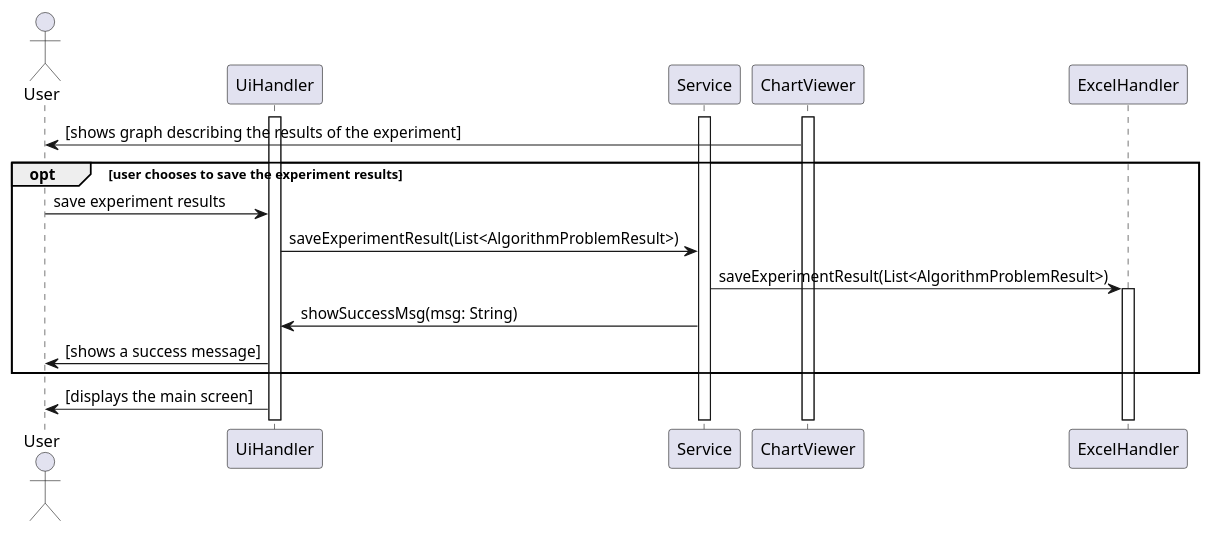
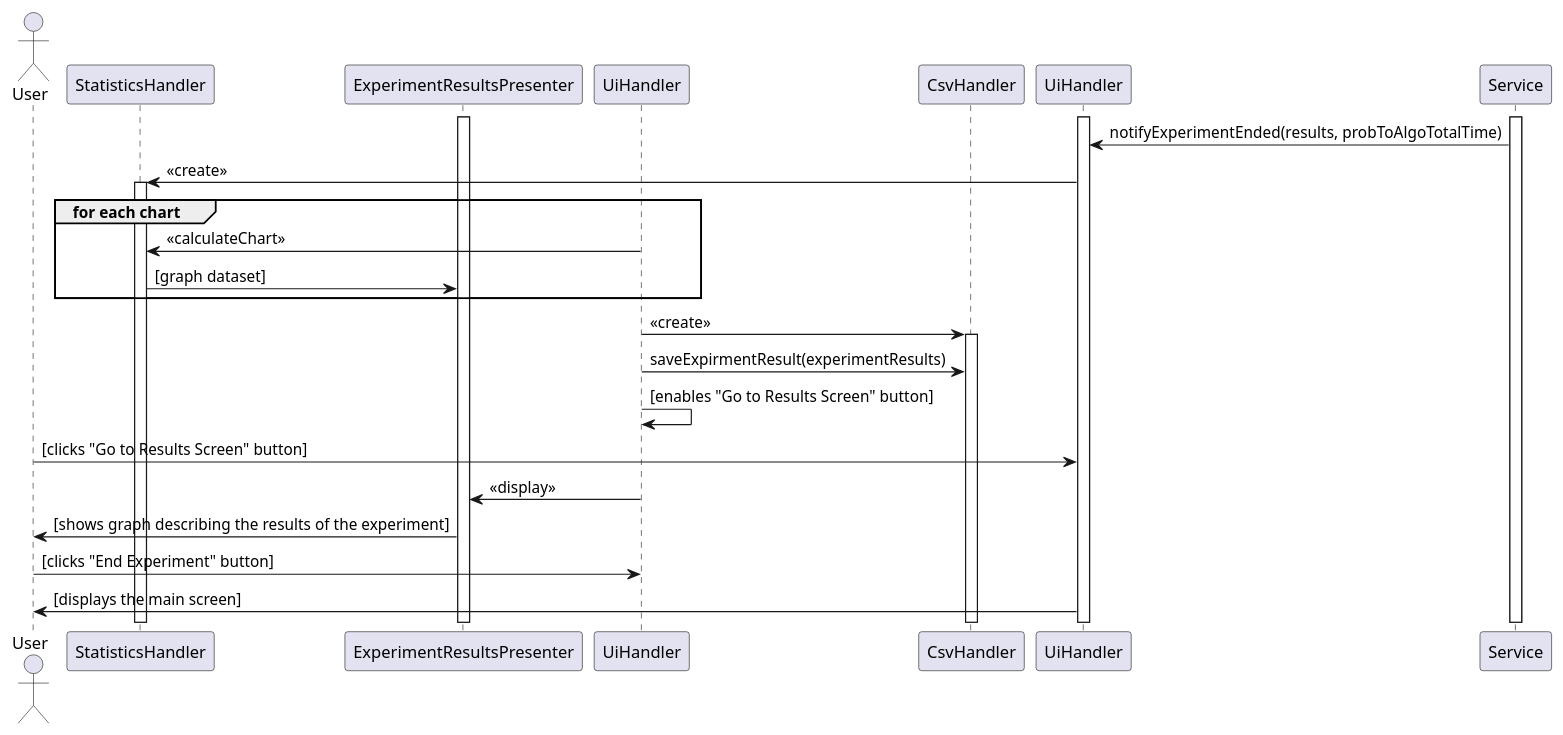
Before and after one commit to miamiHits/FinalProject: the diagram in Docs/Diagrams/behaviour diagrams/scripts/showResultsSeq.puml, drawn with PlantUML. The commit also changed 9 other files, not shown here.

Commit message:
updated sequence diagrams

```diff
--- a/Docs/Diagrams/behaviour diagrams/scripts/showResultsSeq.puml
+++ b/Docs/Diagrams/behaviour diagrams/scripts/showResultsSeq.puml
@@ -1,22 +1,38 @@
 @startuml
 actor User as u
+participant StatisticsHandler as sth
+participant ExperimentResultsPresenter as res
+participant UiHandler as ui
+participant CsvHandler as csv
 
 activate UiHandler
 activate Service
-activate ChartViewer
+activate res
 
-ChartViewer -> u : [shows graph describing the results of the experiment]
 
-opt user chooses to save the experiment results
-    u -> UiHandler : save experiment results
-    UiHandler -> Service : saveExperimentResult(List<AlgorithmProblemResult>)
-    Service -> ExcelHandler : saveExperimentResult(List<AlgorithmProblemResult>)
-    activate ExcelHandler
 
-    Service -> UiHandler : showSuccessMsg(msg: String)
-    UiHandler -> u : [shows a success message]
-end
+Service -> UiHandler : notifyExperimentEnded(results, probToAlgoTotalTime)
+
+UiHandler -> sth : <<create>>
+activate sth
+group for each chart
+    ui -> sth : <<calculateChart>>
+    sth -> res : [graph dataset]
+end group
+
+ui -> csv : <<create>>
+activate csv
+ui -> csv : saveExpirmentResult(experimentResults)
+
+ui -> ui : [enables "Go to Results Screen" button]
+u-> UiHandler : [clicks "Go to Results Screen" button]
+
+ui -> res : <<display>>
+
+res -> u : [shows graph describing the results of the experiment]
+
+u -> ui : [clicks "End Experiment" button]
 
 UiHandler -> u : [displays the main screen]
 
 @enduml
```
